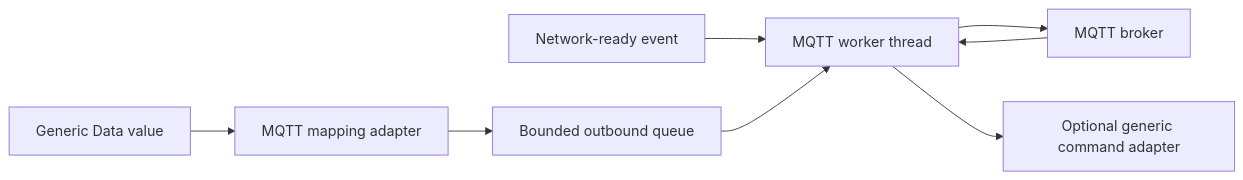
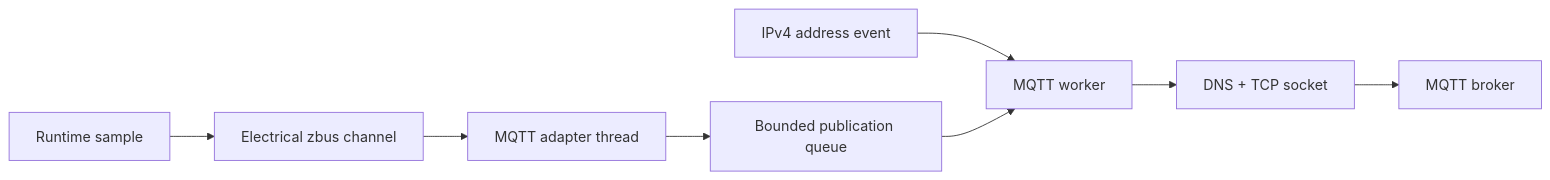
The diagram in Firmware/core/subsys/services/mqtt/README.md (andreapiccini/SpaghettiLAB), drawn with Mermaid before and after one commit. The commit also changed other lines of this file and 31 other files, not shown here.

Commit message:
publish data with mqtt

````diff
--- a/Firmware/core/subsys/services/mqtt/README.md
+++ b/Firmware/core/subsys/services/mqtt/README.md
@@ -130,10 +33,10 @@
 ```mermaid
 flowchart LR
-    DATA["Generic Data value"] --> MAP["MQTT mapping adapter"]
-    MAP --> QUEUE["Bounded outbound queue"]
-    NET["Network-ready event"] --> WORKER["MQTT worker thread"]
+    RUNTIME["Runtime sample"] --> DATA["Electrical zbus channel"]
+    DATA --> ADAPTER["MQTT adapter thread"]
+    ADAPTER --> QUEUE["Bounded publication queue"]
+    IPV4["IPv4 address event"] --> WORKER["MQTT worker"]
     QUEUE --> WORKER
-    WORKER --> BROKER["MQTT broker"]
-    BROKER --> WORKER
-    WORKER --> COMMAND["Optional generic command adapter"]
+    WORKER --> DNS["DNS + TCP socket"]
+    DNS --> BROKER["MQTT broker"]
 ```
````
